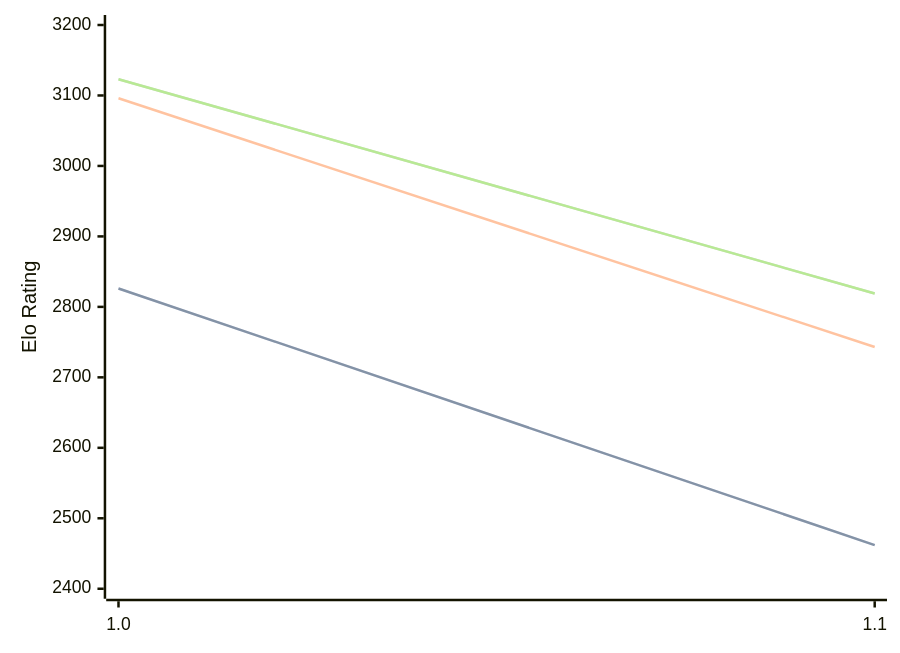
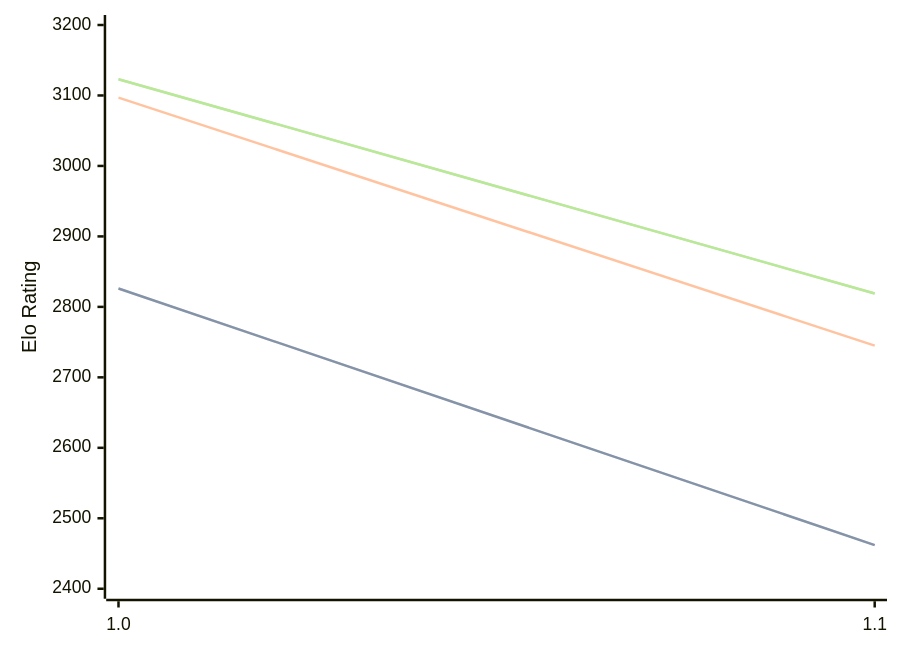
The diagram in engines/Publius.md (computer-chess-index/cci), drawn with Mermaid before and after one commit. The commit also changed other lines of this file, not shown here.

````diff
--- a/engines/Publius.md
+++ b/engines/Publius.md
@@ -32,11 +32,11 @@
 ```mermaid
 %%{init: {"theme":"base","themeVariables":{"seriesColors:['#a3a3a3','#222221','#faa371']}}}%%
 xychart-beta
   x-axis ["1.0", "1.1"]
   y-axis "Elo Rating" 2400 --> 3200
   line "STC (8.0+0.08s)" [2826, 2462]
   line "STC (8.0+0.08s)" [2826, 2462]
-  line "LTC (60.0+0.60s)" [3096, 2743]
+  line "LTC (60.0+0.60s)" [3097, 2745]
   line "VLTC (2m24s+1.12s)" [3123, 2819]
   line "VLTC (2m24s+1.12s)" [3123, 2819]
 ```
````
